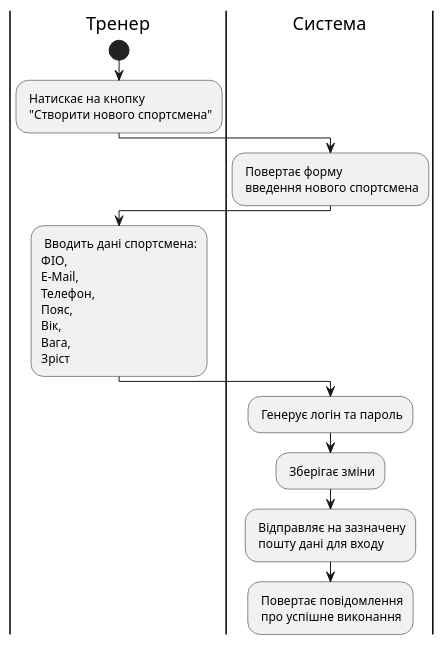
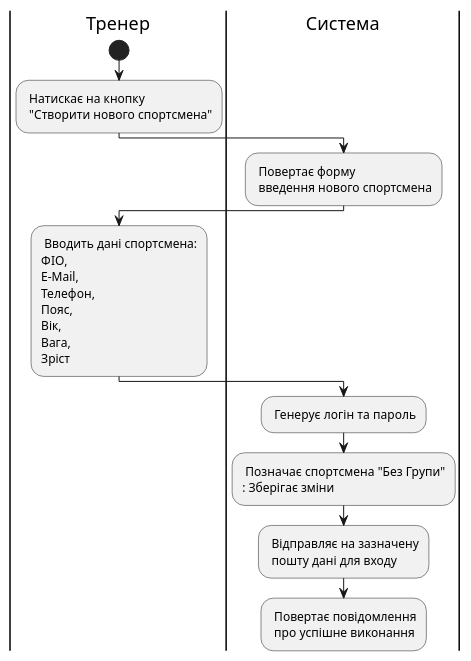
The diagram in docs/use_cases/createSportman.puml (Loboz1666/database_basics_template), drawn with PlantUML before and after one commit.

Commit message:
new commit

```diff
--- a/docs/use_cases/createSportman.puml
+++ b/docs/use_cases/createSportman.puml
@@ -1,14 +1,15 @@
 @startuml
     |Тренер|
         start
         : Натискає на кнопку\n "Створити нового спортсмена";
     |Система|
         : Повертає форму \n введення нового спортсмена;
     |Тренер|
         : Вводить дані спортсмена:\nФІО,\nE-Mail,\nТелефон,\nПояс,\nВік,\nВага,\nЗріст;
     |Система|
         : Генерує логін та пароль;
+        : Позначає спортсмена "Без Групи"
         : Зберігає зміни;
         : Відправляє на зазначену\n пошту дані для входу;
         : Повертає повідомлення\n про успішне виконання;
 @enduml
```
